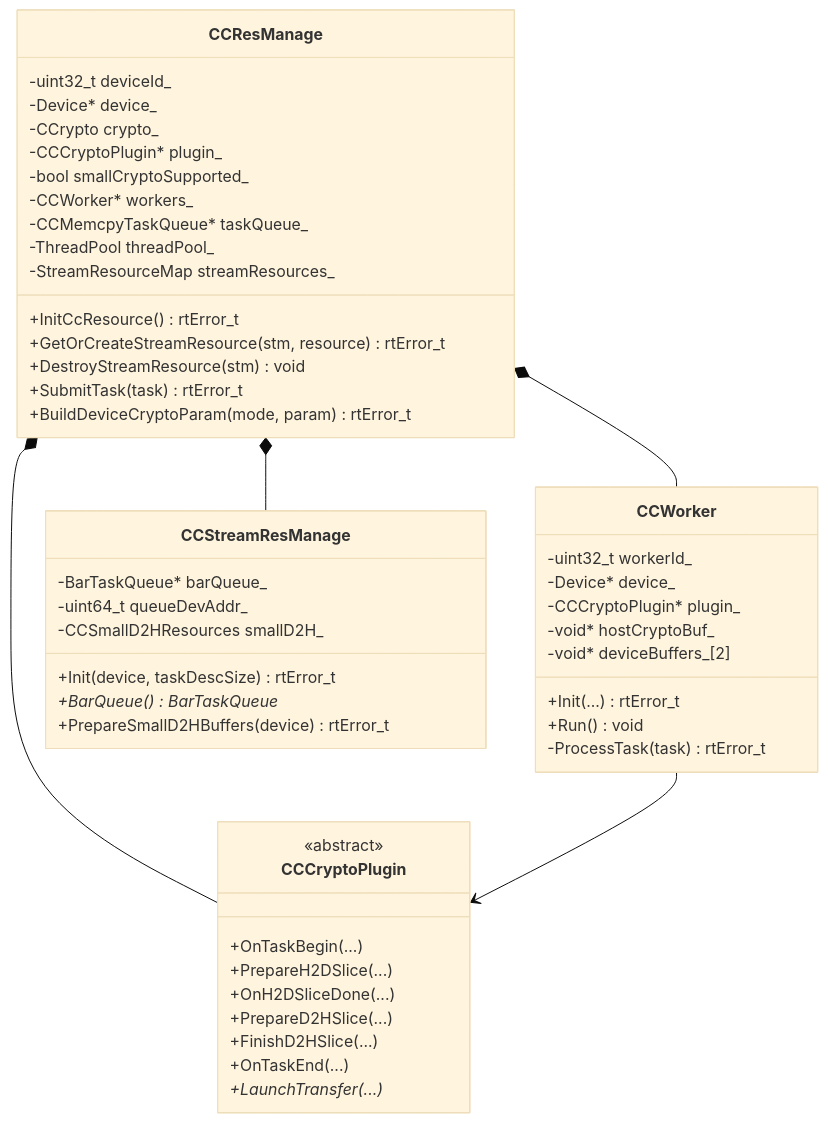
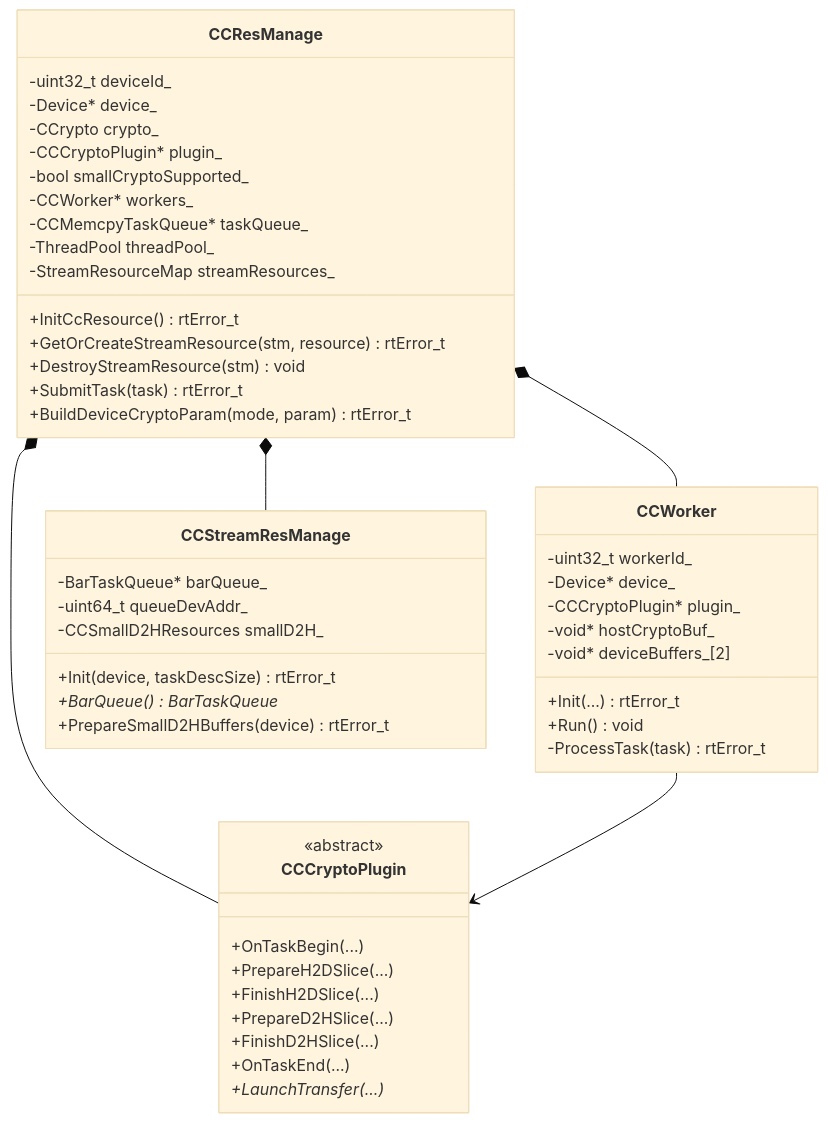
One commit to hicann/runtime changed the seventh of 11 diagrams in docs/zh/design/features/cc_mode.md. Above: the diagram before and after it, drawn with Mermaid (base theme). The commit also changed other lines of this file and 21 other files, not shown here.

````diff
--- a/docs/zh/design/features/cc_mode.md
+++ b/docs/zh/design/features/cc_mode.md
@@ -578,51 +578,51 @@
 ```mermaid
 classDiagram
     class CCResManage {
         -uint32_t deviceId_
         -Device* device_
         -CCrypto crypto_
         -CCCryptoPlugin* plugin_
         -bool smallCryptoSupported_
         -CCWorker* workers_
         -CCMemcpyTaskQueue* taskQueue_
         -ThreadPool threadPool_
         -StreamResourceMap streamResources_
         +InitCcResource() rtError_t
         +GetOrCreateStreamResource(stm, resource) rtError_t
         +DestroyStreamResource(stm) void
         +SubmitTask(task) rtError_t
         +BuildDeviceCryptoParam(mode, param) rtError_t
     }
     class CCWorker {
         -uint32_t workerId_
         -Device* device_
         -CCCryptoPlugin* plugin_
         -void* hostCryptoBuf_
         -void* deviceBuffers_[2]
         +Init(...) rtError_t
         +Run() void
         -ProcessTask(task) rtError_t
     }
     class CCCryptoPlugin {
         <<abstract>>
         +OnTaskBegin(...)
         +PrepareH2DSlice(...)
-        +OnH2DSliceDone(...)
+        +FinishH2DSlice(...)
         +PrepareD2HSlice(...)
         +FinishD2HSlice(...)
         +OnTaskEnd(...)
         +LaunchTransfer(...)*
     }
     class CCStreamResManage {
         -BarTaskQueue* barQueue_
         -uint64_t queueDevAddr_
         -CCSmallD2HResources smallD2H_
         +Init(device, taskDescSize) rtError_t
         +BarQueue() BarTaskQueue*
         +PrepareSmallD2HBuffers(device) rtError_t
     }
     CCResManage *-- CCWorker
     CCResManage *-- CCCryptoPlugin
     CCResManage *-- CCStreamResManage
     CCWorker --> CCCryptoPlugin
 ```
````
